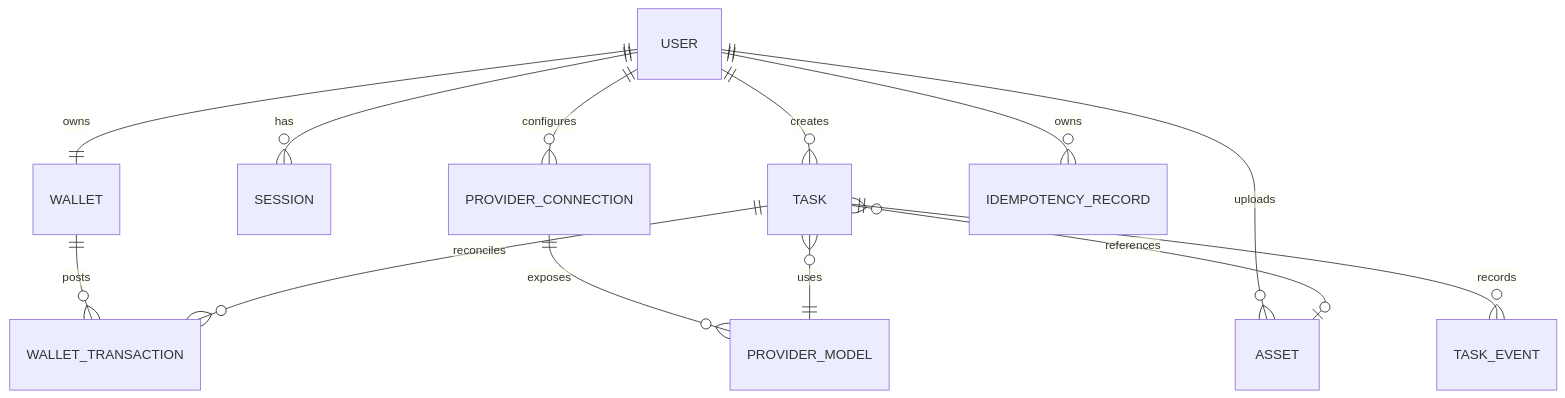
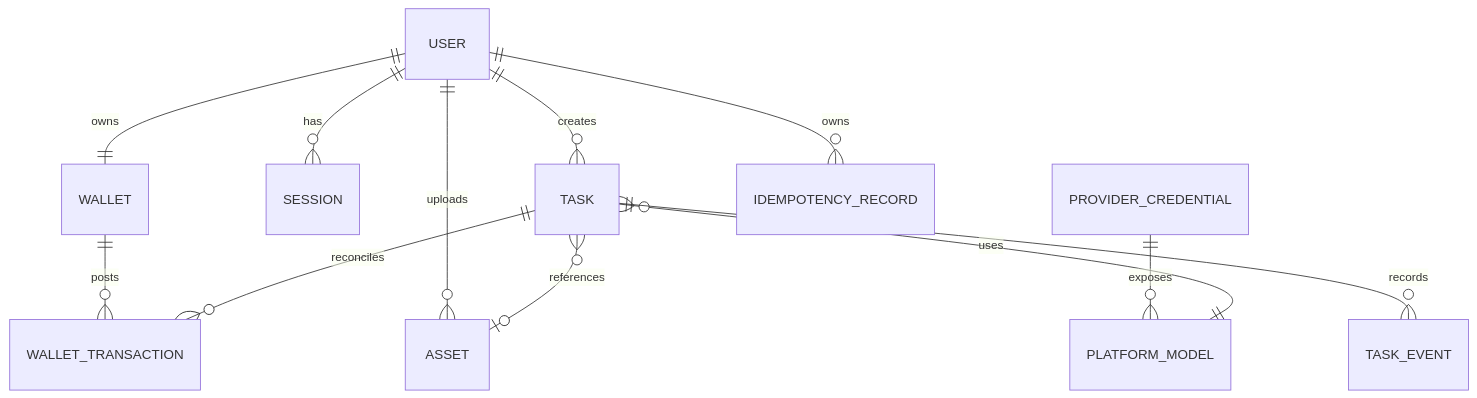
One commit to 674404224-eng/hgm changed the first of 5 diagrams in docs/PRD_V2.0_BACKEND_READY.md. Above: the diagram before and after it, drawn with Mermaid. The commit also changed other lines of this file and 10 other files, not shown here.

Commit message:
feat: use platform-managed model catalog

````diff
--- a/docs/PRD_V2.0_BACKEND_READY.md
+++ b/docs/PRD_V2.0_BACKEND_READY.md
@@ -120,15 +124,14 @@
 ```mermaid
 erDiagram
   USER ||--|| WALLET : owns
   USER ||--o{ SESSION : has
-  USER ||--o{ PROVIDER_CONNECTION : configures
-  PROVIDER_CONNECTION ||--o{ PROVIDER_MODEL : exposes
+  PROVIDER_CREDENTIAL ||--o{ PLATFORM_MODEL : exposes
   USER ||--o{ ASSET : uploads
   USER ||--o{ TASK : creates
-  TASK }o--|| PROVIDER_MODEL : uses
+  TASK }o--|| PLATFORM_MODEL : uses
   TASK }o--o| ASSET : references
   TASK ||--o{ TASK_EVENT : records
   WALLET ||--o{ WALLET_TRANSACTION : posts
   TASK ||--o{ WALLET_TRANSACTION : reconciles
   USER ||--o{ IDEMPOTENCY_RECORD : owns
 ```
````
